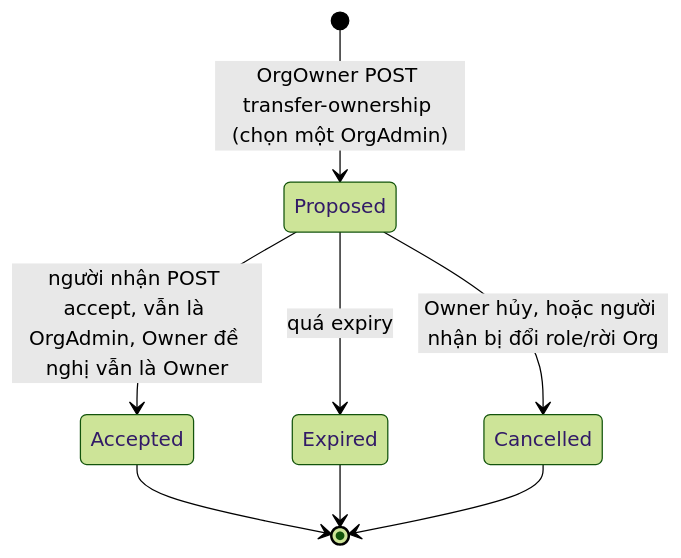
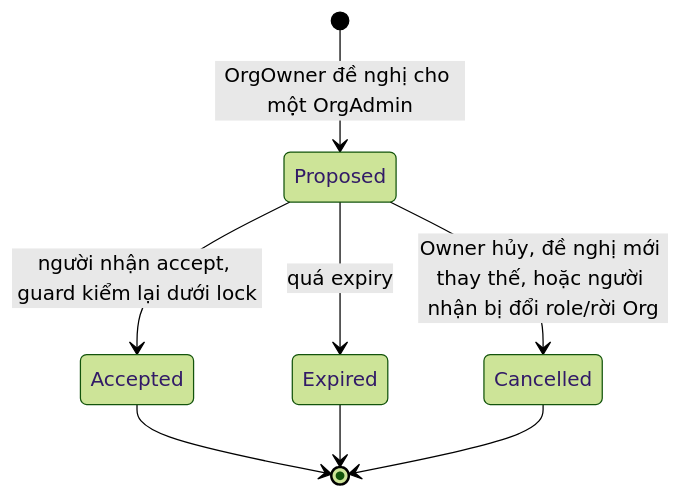
Before and after one commit to thaihoc1310/tenantry: the tenth of 15 diagrams in docs/architecture/04-state-machines.md, drawn with Mermaid (forest theme). The commit also changed other lines of this file and 14 other files, not shown here.

Commit message:
docs: full review of M0-M12 with org slugs without hyphens, one shared quota per Workspace, tenant RoleBinding and network admission policies, kube-proxy local detection by interface, in-app ownership transfer, missing endpoints, and demo numbers that fit the lab

````diff
--- a/docs/architecture/04-state-machines.md
+++ b/docs/architecture/04-state-machines.md
@@ -393,10 +398,10 @@
 ```mermaid
 stateDiagram-v2
-  [*] --> Proposed : OrgOwner POST transfer-ownership (chọn một OrgAdmin)
-  Proposed --> Accepted : người nhận POST accept, vẫn là OrgAdmin, Owner đề nghị vẫn là Owner
+  [*] --> Proposed : OrgOwner đề nghị cho một OrgAdmin
+  Proposed --> Accepted : người nhận accept, guard kiểm lại dưới lock
   Proposed --> Expired : quá expiry
-  Proposed --> Cancelled : Owner hủy, hoặc người nhận bị đổi role/rời Org
+  Proposed --> Cancelled : Owner hủy, đề nghị mới thay thế, hoặc người nhận bị đổi role/rời Org
   Accepted --> [*]
   Expired --> [*]
   Cancelled --> [*]
 ```
````
